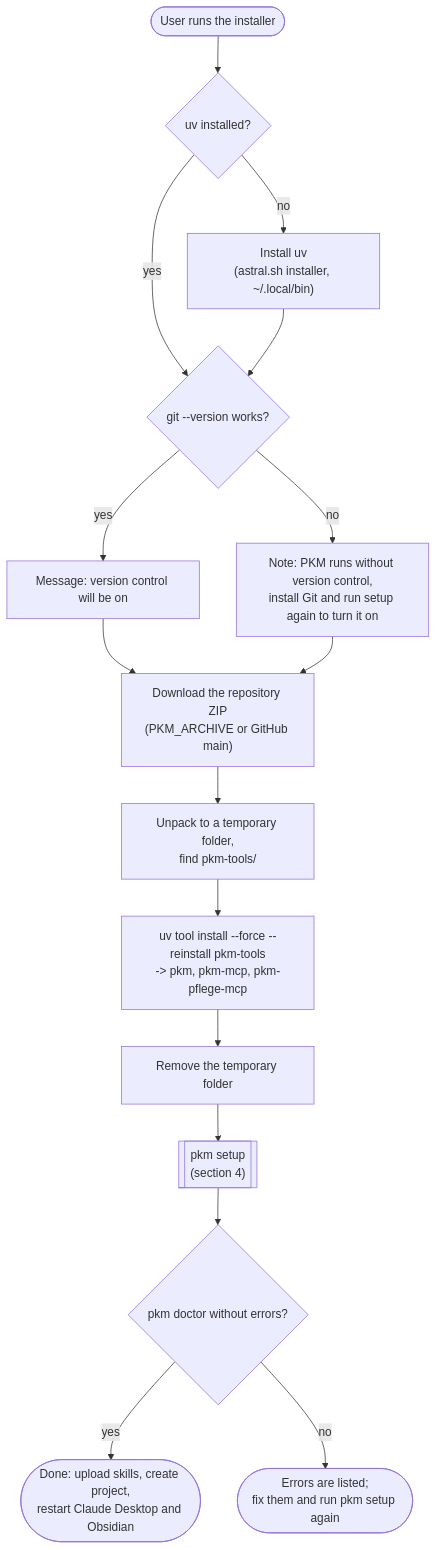
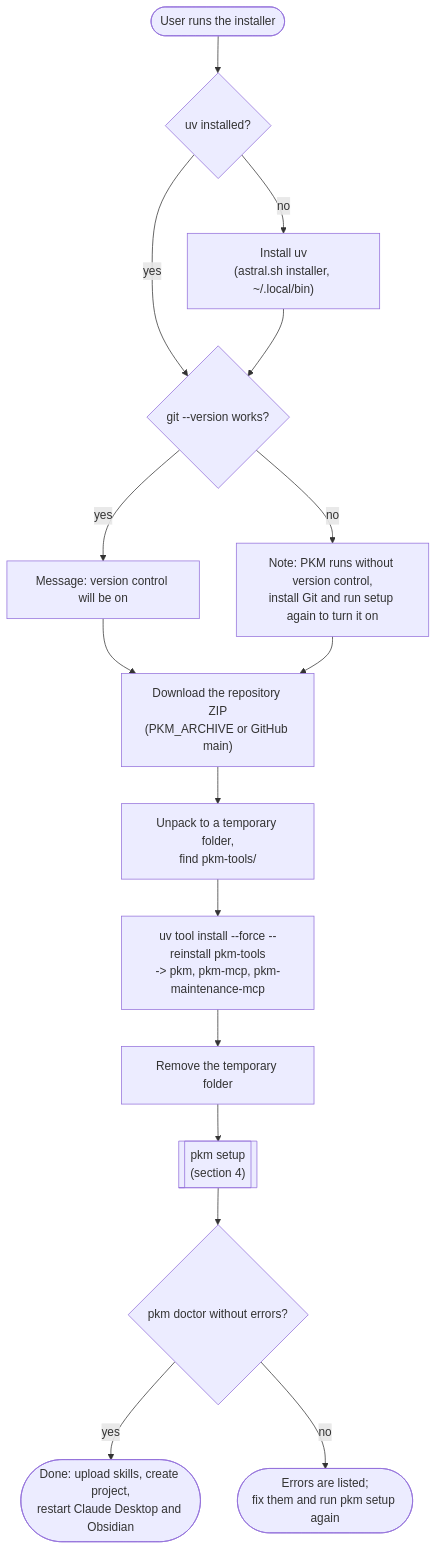
The second of 22 diagrams in docs/architecture.md (achim0x/pkm-llm-wiki), drawn with Mermaid before and after one commit. The commit also changed other lines of this file and 19 other files, not shown here.

First line of the commit message:
Rename the maintenance server to English: pkm-maintenance

````diff
--- a/docs/architecture.md
+++ b/docs/architecture.md
@@ -118,18 +118,18 @@
 ```mermaid
 flowchart TD
     A(["User runs the installer"]) --> B{"uv installed?"}
     B -- "no" --> C["Install uv<br/>(astral.sh installer, ~/.local/bin)"]
     B -- "yes" --> D
     C --> D{"git --version works?"}
     D -- "yes" --> E["Message: version control will be on"]
     D -- "no" --> F["Note: PKM runs without version control,<br/>install Git and run setup again to turn it on"]
     E --> G["Download the repository ZIP<br/>(PKM_ARCHIVE or GitHub main)"]
     F --> G
     G --> H["Unpack to a temporary folder,<br/>find pkm-tools/"]
-    H --> I["uv tool install --force --reinstall pkm-tools<br/>-> pkm, pkm-mcp, pkm-pflege-mcp"]
+    H --> I["uv tool install --force --reinstall pkm-tools<br/>-> pkm, pkm-mcp, pkm-maintenance-mcp"]
     I --> J["Remove the temporary folder"]
     J --> K[["pkm setup<br/>(section 4)"]]
     K --> L{"pkm doctor without errors?"}
     L -- "yes" --> M(["Done: upload skills, create project,<br/>restart Claude Desktop and Obsidian"])
     L -- "no" --> N(["Errors are listed;<br/>fix them and run pkm setup again"])
 ```
````
